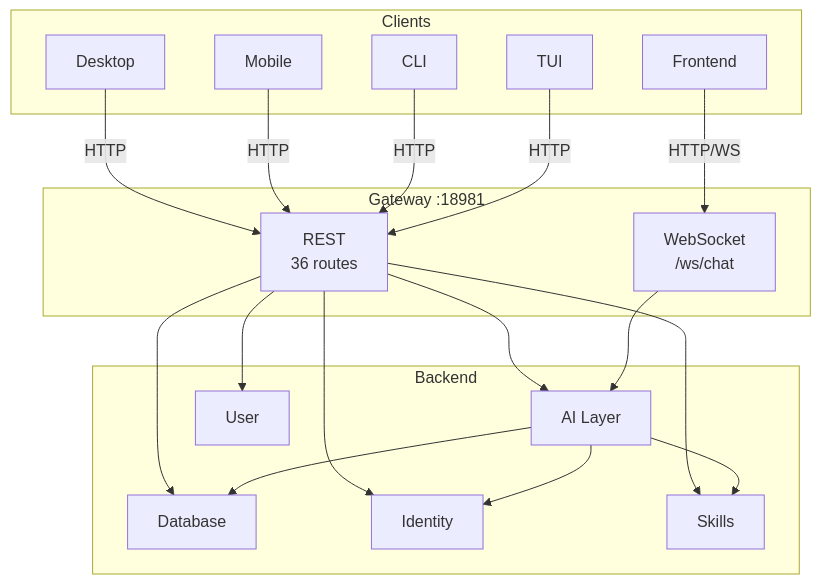
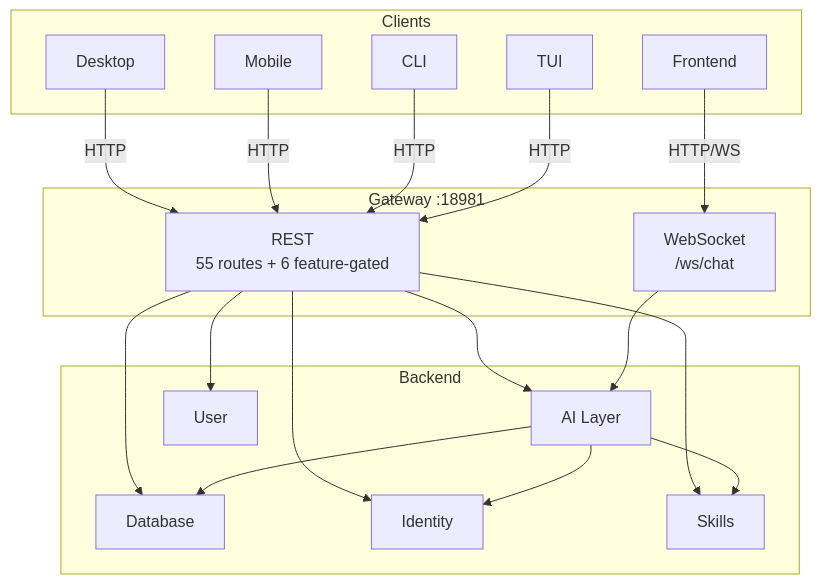
The second of 12 diagrams in docs/architecture.md (sprklai/mesoclaw), drawn with Mermaid before and after one commit. The commit also changed other lines of this file and 56 other files, not shown here.

````diff
--- a/docs/architecture.md
+++ b/docs/architecture.md
@@ -70,22 +72,22 @@
 ```mermaid
 graph TB
     subgraph Clients
         D[Desktop] & M[Mobile] & C[CLI] & T[TUI] & F[Frontend]
     end
 
     subgraph "Gateway :18981"
-        REST["REST<br>36 routes"]
+        REST["REST<br>55 routes + 6 feature-gated"]
         WS["WebSocket<br>/ws/chat"]
     end
 
     subgraph Backend
         AIL[AI Layer] & DBL[Database]
         IDL[Identity] & SKL[Skills] & USL[User]
     end
 
     D & M & C & T -->|HTTP| REST
     F -->|HTTP/WS| WS
     REST & WS --> AIL
     REST --> DBL & IDL & SKL & USL
     AIL --> DBL & IDL & SKL
 ```
````
